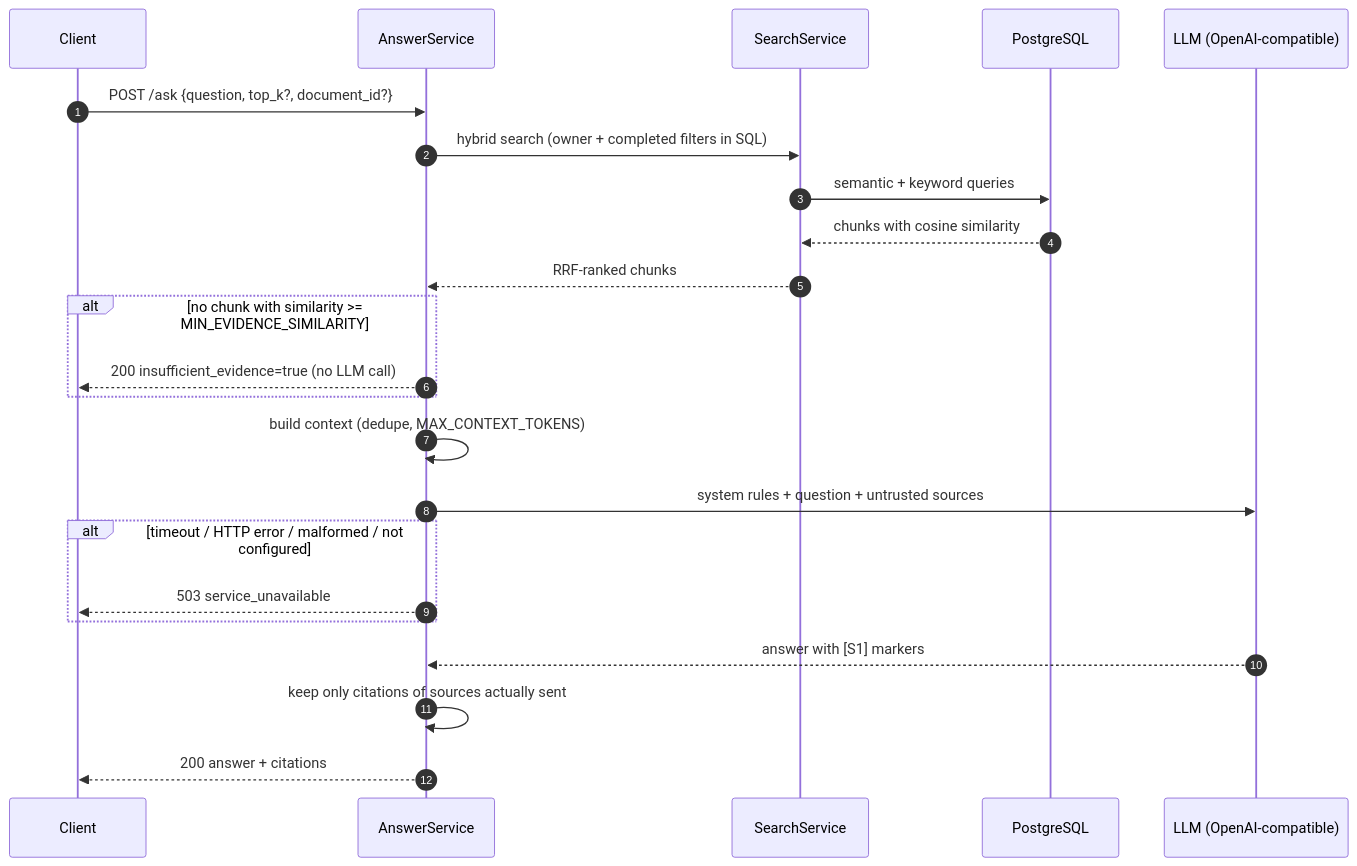
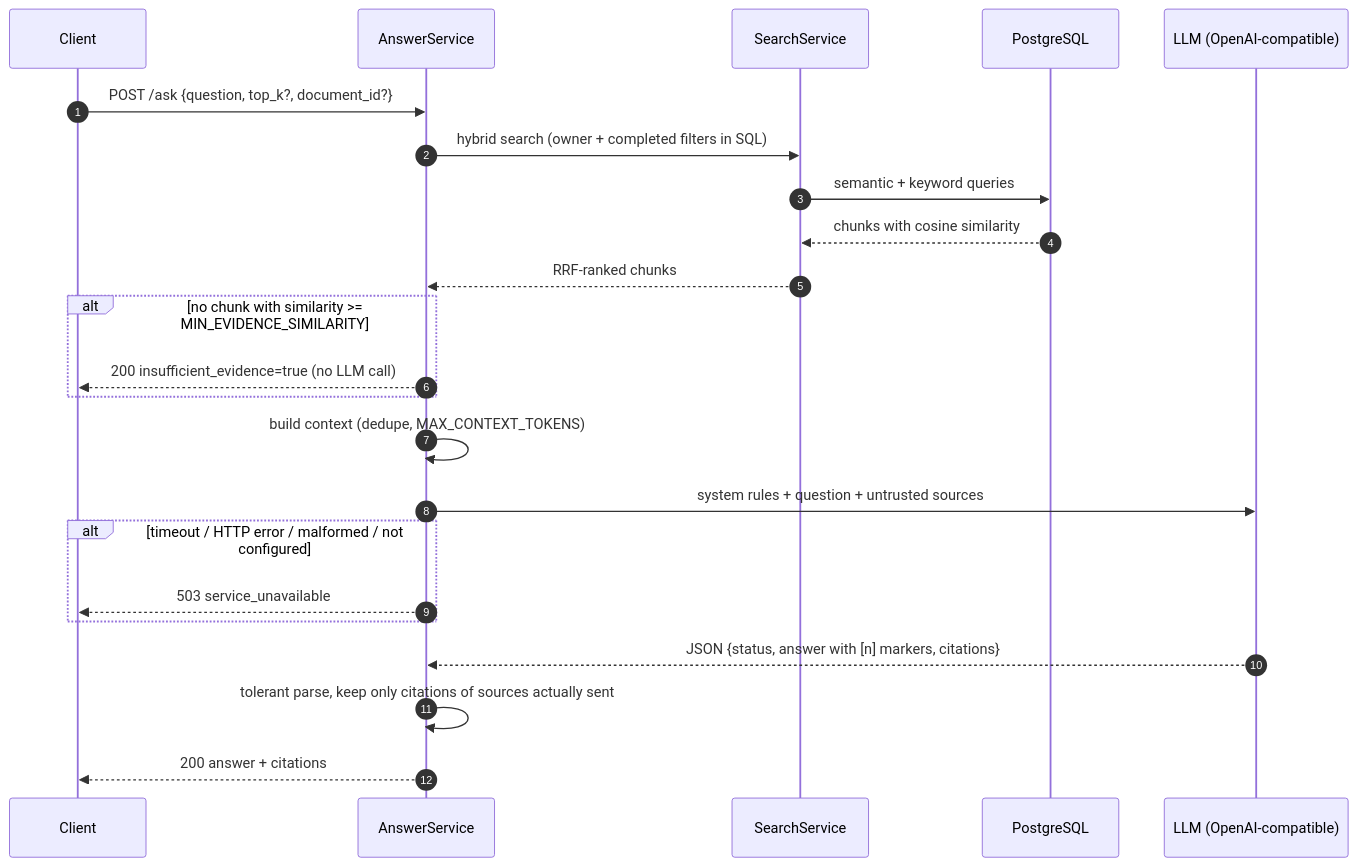
The diagram in docs/rag.md (shahil5z/document-intelligence-analysis), drawn with Mermaid before and after one commit. The commit also changed other lines of this file and 33 other files, not shown here.

````diff
--- a/docs/rag.md
+++ b/docs/rag.md
@@ -8,25 +8,25 @@
 ```mermaid
 sequenceDiagram
     autonumber
     participant C as Client
     participant A as AnswerService
     participant S as SearchService
     participant D as PostgreSQL
     participant L as LLM (OpenAI-compatible)
     C->>A: POST /ask {question, top_k?, document_id?}
     A->>S: hybrid search (owner + completed filters in SQL)
     S->>D: semantic + keyword queries
     D-->>S: chunks with cosine similarity
     S-->>A: RRF-ranked chunks
     alt no chunk with similarity >= MIN_EVIDENCE_SIMILARITY
         A-->>C: 200 insufficient_evidence=true (no LLM call)
     end
     A->>A: build context (dedupe, MAX_CONTEXT_TOKENS)
     A->>L: system rules + question + untrusted sources
     alt timeout / HTTP error / malformed / not configured
         A-->>C: 503 service_unavailable
     end
-    L-->>A: answer with [S1] markers
-    A->>A: keep only citations of sources actually sent
+    L-->>A: JSON {status, answer with [n] markers, citations}
+    A->>A: tolerant parse, keep only citations of sources actually sent
     A-->>C: 200 answer + citations
 ```
````
